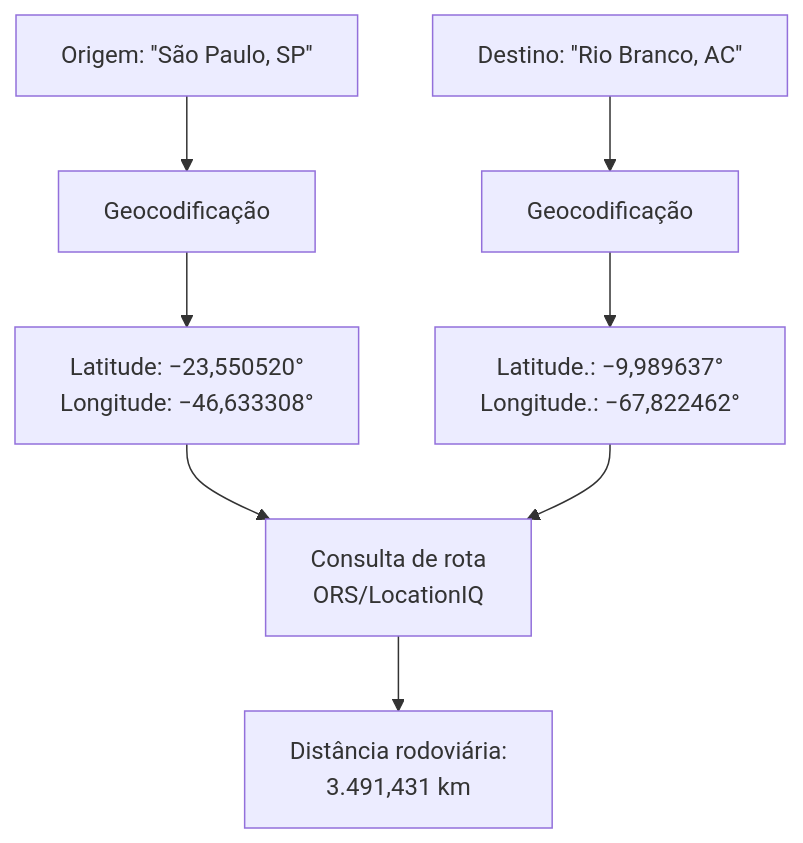
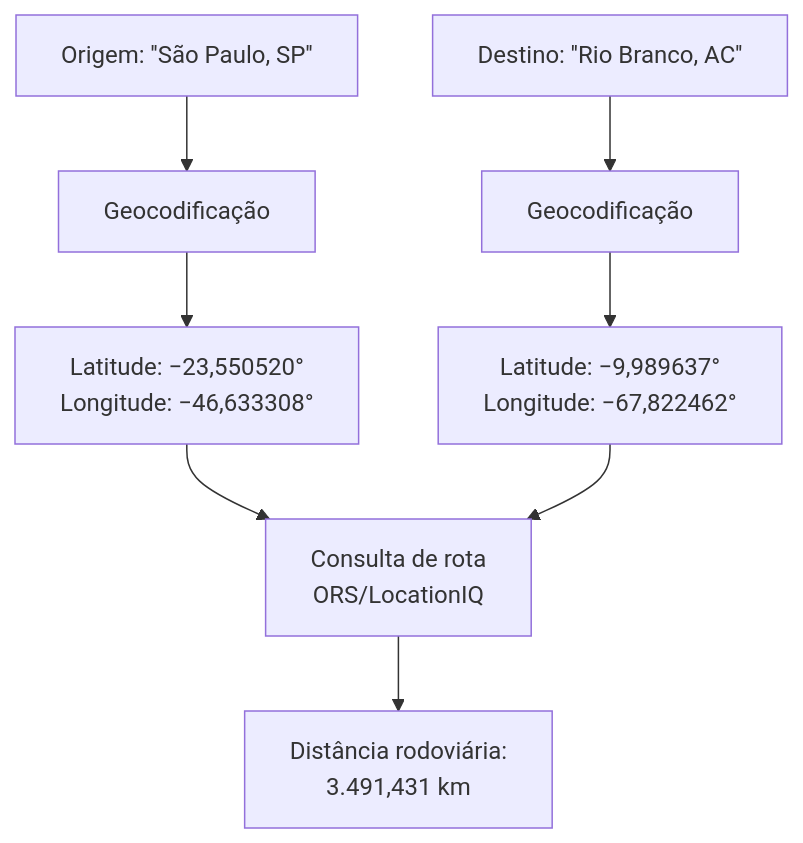
One commit to pennylanesccp/cabotage-lens changed the third of 7 diagrams in docs/tf_technical_article_draft.md. Above: the diagram before and after it, drawn with Mermaid. The commit also changed other lines of this file, not shown here.

````diff
--- a/docs/tf_technical_article_draft.md
+++ b/docs/tf_technical_article_draft.md
@@ -530,8 +533,8 @@
 ```mermaid
 flowchart TB
     A["Origem: ''São Paulo, SP''"] --> R["Geocodificação"]
     B["Destino: ''Rio Branco, AC''"] --> S["Geocodificação"]
     R --> C["Latitude: −23,550520°<br/>Longitude: −46,633308°"] --> T["Consulta de rota<br/>ORS/LocationIQ"]
-    S --> D["Latitude.: −9,989637°<br/>Longitude.: −67,822462°"]  --> T
+    S --> D["Latitude: −9,989637°<br/>Longitude: −67,822462°"] --> T
     T --> E["Distância rodoviária:<br/>3.491,431 km"]
 ```
````
